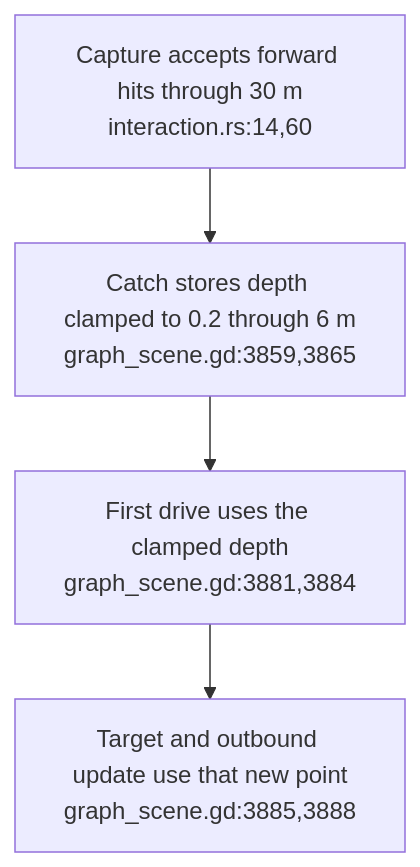
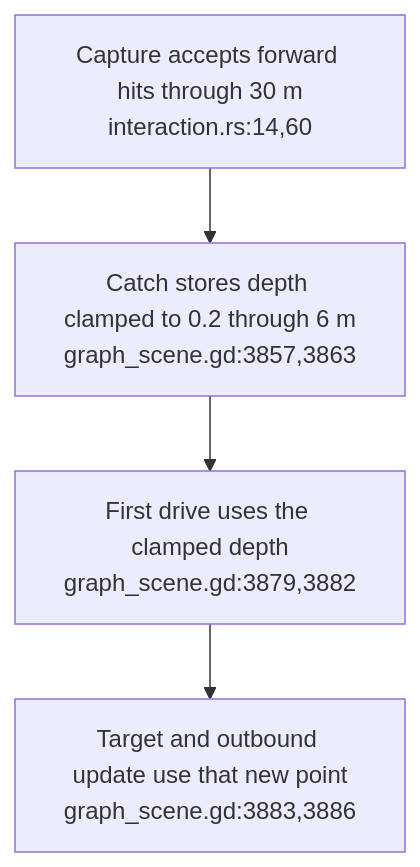
Before and after one commit to DreamLab-AI/VisionFlow: the fourth of 6 diagrams in docs/diagrams/visionclaw/53-xr-grab-lifetimes-and-input.md, drawn with Mermaid. The commit also changed other lines of this file and 6 other files, not shown here.

First line of the commit message:
diagrams(visionclaw): re-verify VC-51..57 at visionclaw 4900ec60

````diff
--- a/docs/diagrams/visionclaw/53-xr-grab-lifetimes-and-input.md
+++ b/docs/diagrams/visionclaw/53-xr-grab-lifetimes-and-input.md
@@ -69,6 +69,6 @@
 ```mermaid
 flowchart TD
-    RAY["Capture accepts forward hits through 30 m<br/>interaction.rs:14,60"] --> START["Catch stores depth clamped to 0.2 through 6 m<br/>graph_scene.gd:3859,3865"]
-    START --> DRIVE["First drive uses the clamped depth<br/>graph_scene.gd:3881,3884"]
-    DRIVE --> TARGET["Target and outbound update use that new point<br/>graph_scene.gd:3885,3888"]
+    RAY["Capture accepts forward hits through 30 m<br/>interaction.rs:14,60"] --> START["Catch stores depth clamped to 0.2 through 6 m<br/>graph_scene.gd:3857,3863"]
+    START --> DRIVE["First drive uses the clamped depth<br/>graph_scene.gd:3879,3882"]
+    DRIVE --> TARGET["Target and outbound update use that new point<br/>graph_scene.gd:3883,3886"]
 ```
````
